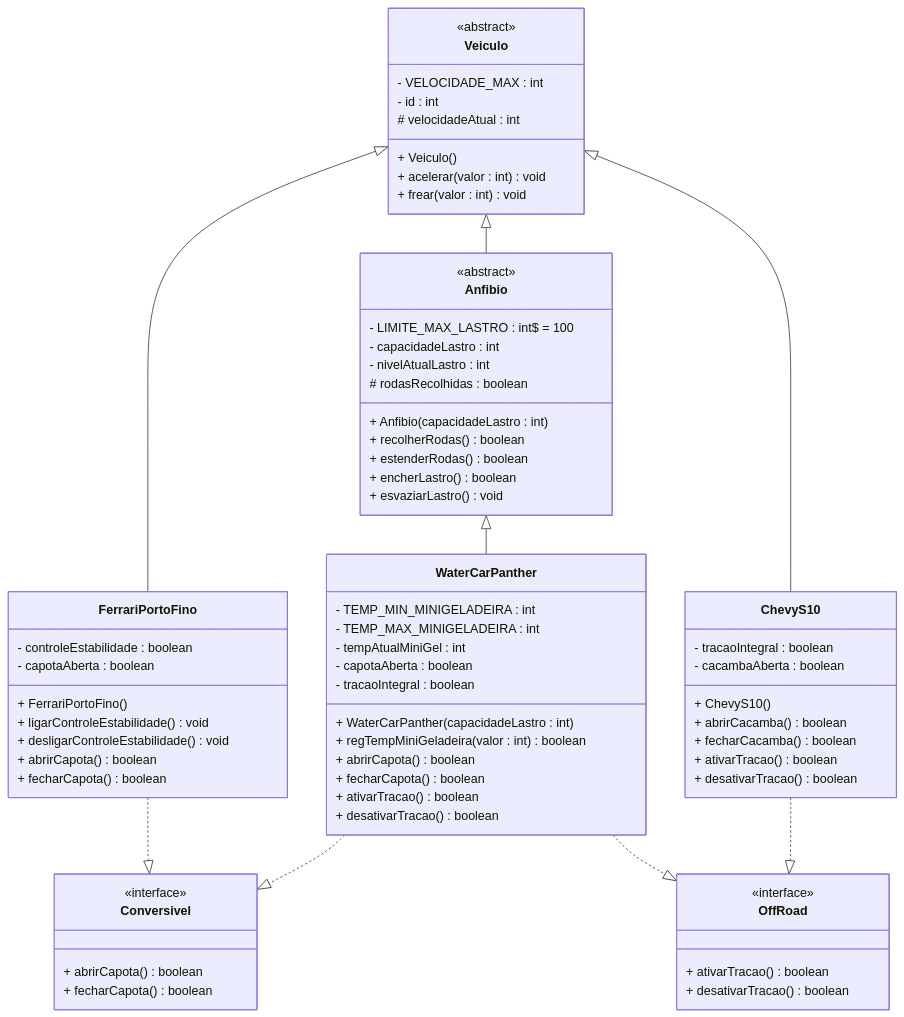
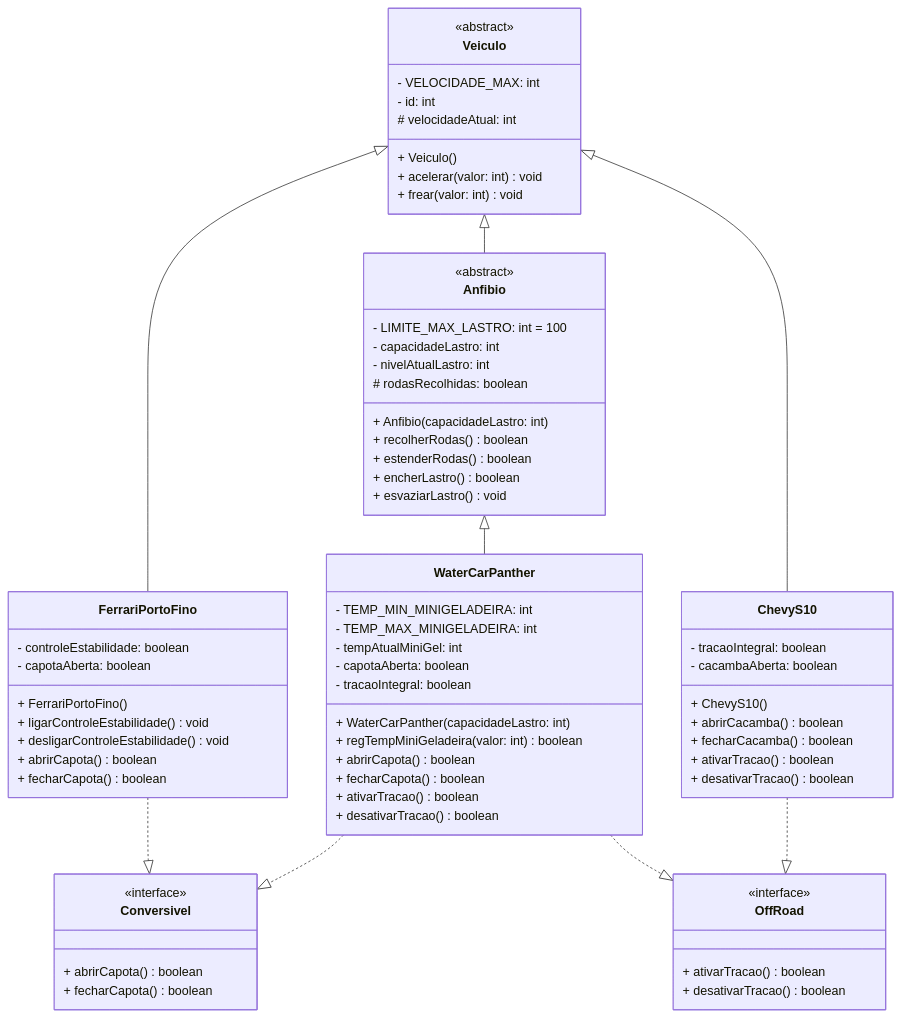
The diagram in laboratorios/lab-06/README.md (LuisEAbreu/poo), drawn with Mermaid before and after one commit.

Commit message:
Ajustando formatação do README.md

````diff
--- a/laboratorios/lab-06/README.md
+++ b/laboratorios/lab-06/README.md
@@ -1,79 +1,76 @@
 ```mermaid
 classDiagram
-    
     class Veiculo {
         <<abstract>>
-        - VELOCIDADE_MAX : int
-        - id : int
-        # velocidadeAtual : int
+        - VELOCIDADE_MAX: int
+        - id: int
+        # velocidadeAtual: int
         + Veiculo()
-        + acelerar(valor : int) void
-        + frear(valor : int) void
+        + acelerar(valor: int) void
+        + frear(valor: int) void
     }
 
-    class Anfibio{
+    class Anfibio {
         <<abstract>>
-        - LIMITE_MAX_LASTRO : int$ = 100
-        - capacidadeLastro : int
-        - nivelAtualLastro : int
-        # rodasRecolhidas : boolean
-        + Anfibio(capacidadeLastro : int)
+        - LIMITE_MAX_LASTRO: int = 100
+        - capacidadeLastro: int
+        - nivelAtualLastro: int
+        # rodasRecolhidas: boolean
+        + Anfibio(capacidadeLastro: int)
         + recolherRodas() boolean
         + estenderRodas() boolean
         + encherLastro() boolean
         + esvaziarLastro() void
     }
-    class Conversivel{
+    class Conversivel {
         <<interface>>
         + abrirCapota() boolean
         + fecharCapota() boolean
     }
-    class OffRoad{
+    class OffRoad {
         <<interface>>
         + ativarTracao() boolean
         + desativarTracao() boolean
     }
 
     class FerrariPortoFino {
-        - controleEstabilidade : boolean
-        - capotaAberta : boolean
+        - controleEstabilidade: boolean
+        - capotaAberta: boolean
         + FerrariPortoFino()
         + ligarControleEstabilidade() void
         + desligarControleEstabilidade() void
         + abrirCapota() boolean
         + fecharCapota() boolean
     }
-    class ChevyS10{
-        - tracaoIntegral : boolean
-        - cacambaAberta : boolean
+    class ChevyS10 {
+        - tracaoIntegral: boolean
+        - cacambaAberta: boolean
         + ChevyS10()
         + abrirCacamba() boolean
         + fecharCacamba() boolean
         + ativarTracao() boolean
         + desativarTracao() boolean
     }
-    class WaterCarPanther{
-        - TEMP_MIN_MINIGELADEIRA : int
-        - TEMP_MAX_MINIGELADEIRA : int
-        - tempAtualMiniGel : int
-        - capotaAberta : boolean
-        - tracaoIntegral : boolean
-        + WaterCarPanther(capacidadeLastro : int)
-        + regTempMiniGeladeira(valor : int) boolean
+    class WaterCarPanther {
+        - TEMP_MIN_MINIGELADEIRA: int
+        - TEMP_MAX_MINIGELADEIRA: int
+        - tempAtualMiniGel: int
+        - capotaAberta: boolean
+        - tracaoIntegral: boolean
+        + WaterCarPanther(capacidadeLastro: int)
+        + regTempMiniGeladeira(valor: int) boolean
         + abrirCapota() boolean
         + fecharCapota() boolean
         + ativarTracao() boolean
         + desativarTracao() boolean
     }
-    
+
     Veiculo <|-- Anfibio
     Veiculo <|-- FerrariPortoFino
     Veiculo <|-- ChevyS10
-
     Anfibio <|-- WaterCarPanther
-    
     FerrariPortoFino ..|> Conversivel
     WaterCarPanther ..|> Conversivel
-    WaterCarPanther ..|> OffRoad 
+    WaterCarPanther ..|> OffRoad
     ChevyS10 ..|> OffRoad
 ```
````
